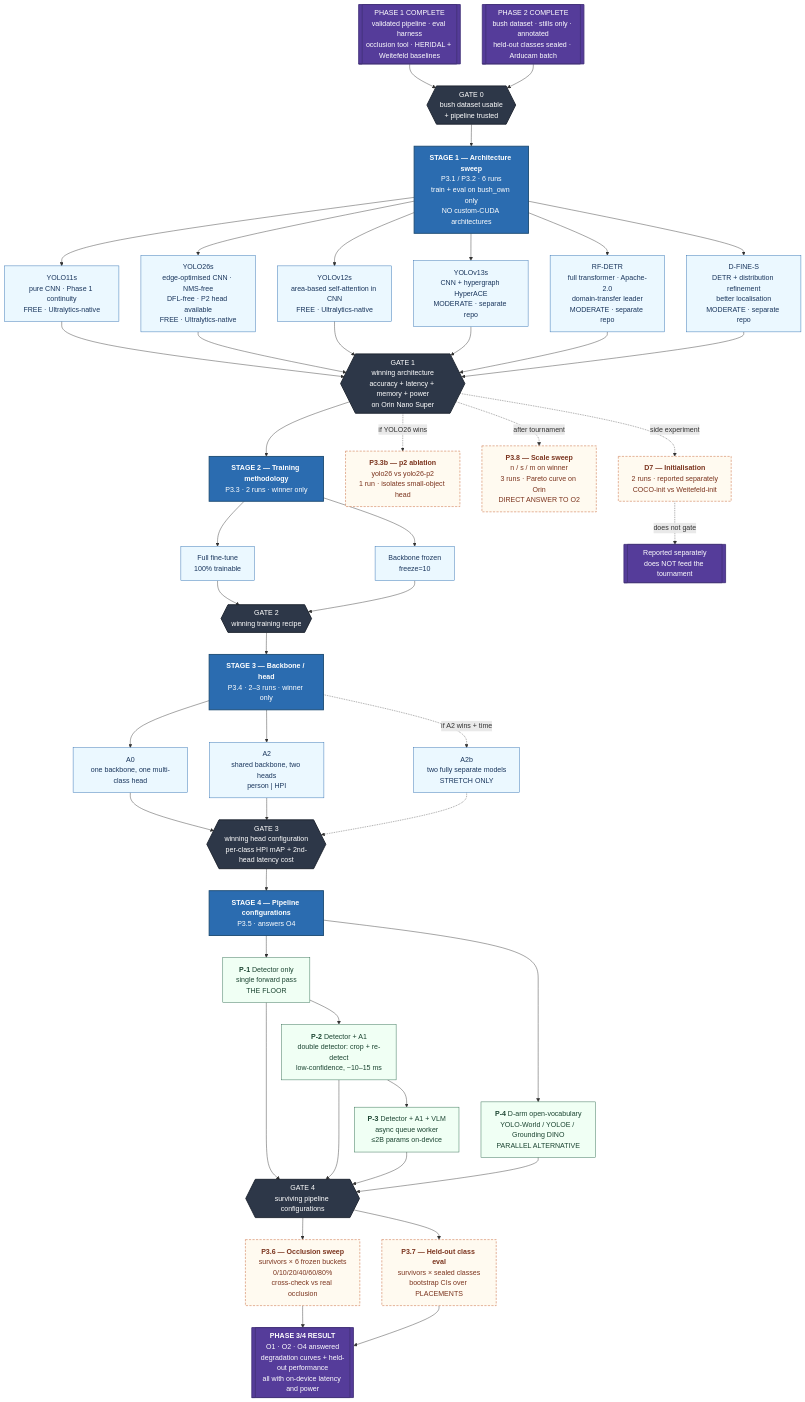
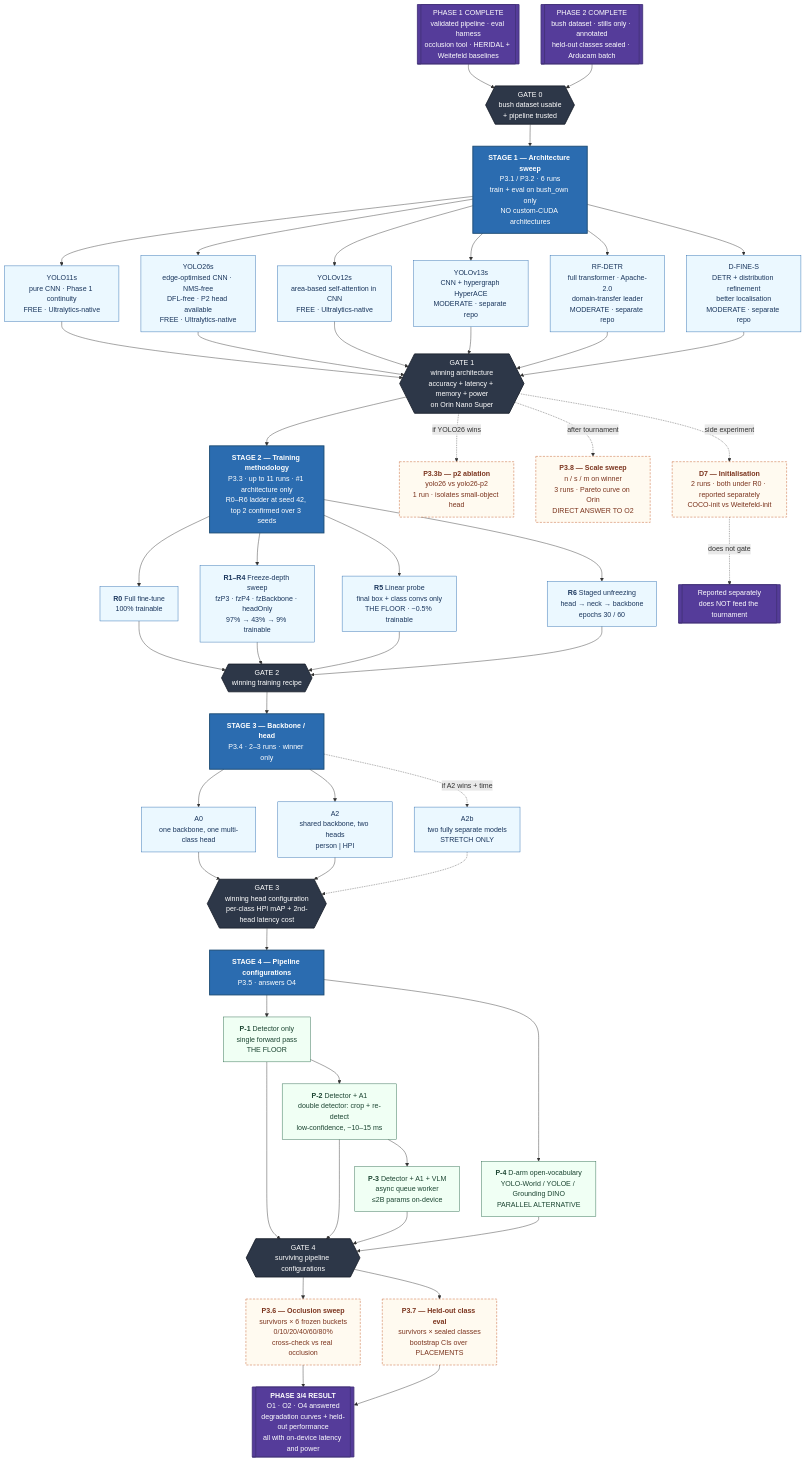
One commit to MrFishi/Search_Rescue_Drones changed the diagram in thesis_docs/comparison_dependency_flowchart.md. Above: the diagram before and after it, drawn with Mermaid. The commit also changed other lines of this file and 9 other files, not shown here.

```diff
--- a/thesis_docs/comparison_dependency_flowchart.md
+++ b/thesis_docs/comparison_dependency_flowchart.md
@@ -49,15 +49,19 @@
     G1 --> S2
     G1 -.if YOLO26 wins.-> ABL["<b>P3.3b — p2 ablation</b><br/>yolo26 vs yolo26-p2<br/>1 run · isolates small-object head"]
     G1 -.after tournament.-> SCALE["<b>P3.8 — Scale sweep</b><br/>n / s / m on winner<br/>3 runs · Pareto curve on Orin<br/>DIRECT ANSWER TO O2"]
-    S2["<b>STAGE 2 — Training methodology</b><br/>P3.3 · 2 runs · winner only"]
-    S2 --> A2a["Full fine-tune<br/>100% trainable"]
-    S2 --> A2b["Backbone frozen<br/>freeze=10"]
+    S2["<b>STAGE 2 — Training methodology</b><br/>P3.3 · up to 11 runs · #1 architecture only<br/>R0–R6 ladder at seed 42, top 2 confirmed over 3 seeds"]
+    S2 --> A2a["<b>R0</b> Full fine-tune<br/>100% trainable"]
+    S2 --> A2b["<b>R1–R4</b> Freeze-depth sweep<br/>fzP3 · fzP4 · fzBackbone · headOnly<br/>97% → 43% → 9% trainable"]
+    S2 --> A2c["<b>R5</b> Linear probe<br/>final box + class convs only<br/>THE FLOOR · ~0.5% trainable"]
+    S2 --> A2d["<b>R6</b> Staged unfreezing<br/>head → neck → backbone<br/>epochs 30 / 60"]
     A2a --> G2
     A2b --> G2
+    A2c --> G2
+    A2d --> G2
     G2{{"GATE 2<br/>winning training recipe"}}
 
     %% ---------- Side experiment: init ----------
-    G1 -.side experiment.-> SX["<b>D7 — Initialisation</b><br/>2 runs · reported separately<br/>COCO-init vs Weitefeld-init"]
+    G1 -.side experiment.-> SX["<b>D7 — Initialisation</b><br/>2 runs · both under R0 · reported separately<br/>COCO-init vs Weitefeld-init"]
     SX -.does not gate.-> RPT[["Reported separately<br/>does NOT feed the tournament"]]
 
     %% ---------- Stage 3: backbone / head ----------
@@ -104,7 +108,7 @@
 
     class GATE0,G1,G2,G3,G4 gate
     class S1,S2,S3,S4 stage
-    class A1a,A1b,A1c,A1d,A1e,A1f,A2a,A2b,A3a,A3b,A3c arm
+    class A1a,A1b,A1c,A1d,A1e,A1f,A2a,A2b,A2c,A2d,A3a,A3b,A3c arm
     class C1,C2,C3,C4 pipe
     class P1,P2,FIN,RPT term
     class SX,E1,E2,ABL,SCALE side
```
